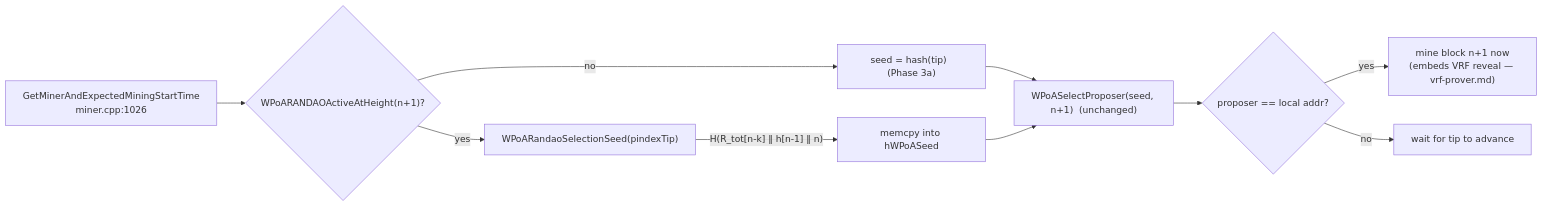
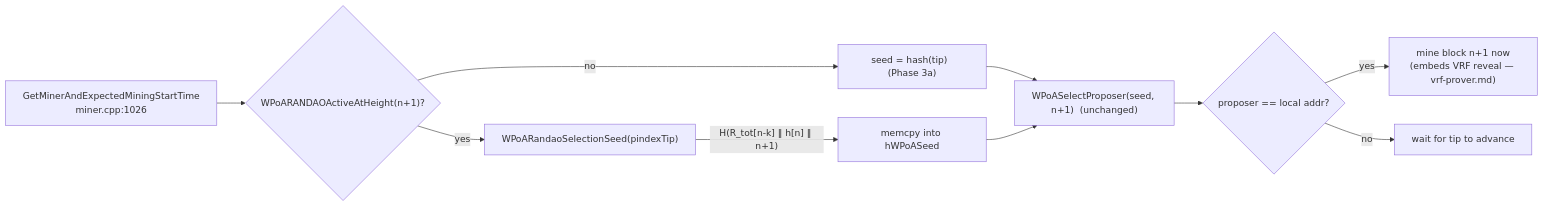
The diagram in src/wpoa/docs/randao-miner.md (FeMattu/multichain), drawn with Mermaid before and after one commit. The commit also changed other lines of this file and 14 other files, not shown here.

````diff
--- a/src/wpoa/docs/randao-miner.md
+++ b/src/wpoa/docs/randao-miner.md
@@ -155,12 +155,12 @@
 ```mermaid
 flowchart LR
     GMES["GetMinerAndExpectedMiningStartTime<br/>miner.cpp:1026"] --> BR{"WPoARANDAOActiveAtHeight(n+1)?"}
     BR -->|no| DEF["seed = hash(tip)  (Phase 3a)"]
     BR -->|yes| SEED["WPoARandaoSelectionSeed(pindexTip)"]
-    SEED -->|"H(R_tot[n-k] ‖ h[n-1] ‖ n)"| OVER["memcpy into hWPoASeed"]
+    SEED -->|"H(R_tot[n-k] ‖ h[n] ‖ n+1)"| OVER["memcpy into hWPoASeed"]
     DEF --> ELECT["WPoASelectProposer(seed, n+1)  (unchanged)"]
     OVER --> ELECT
     ELECT --> DECIDE{"proposer == local addr?"}
     DECIDE -->|yes| MINE["mine block n+1 now<br/>(embeds VRF reveal — vrf-prover.md)"]
     DECIDE -->|no| WAIT["wait for tip to advance"]
 ```
````
